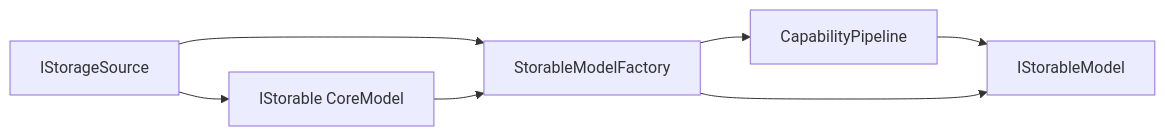
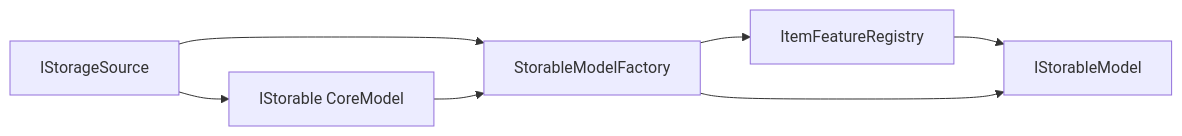
The third of 3 diagrams in docs/architecture/storage-models.md (0x5bfa/Files), drawn with Mermaid before and after one commit. The commit also changed other lines of this file and 260 other files, not shown here.

Commit message:
Simplify Files.Core architecture terminology

````diff
--- a/docs/architecture/storage-models.md
+++ b/docs/architecture/storage-models.md
@@ -112,15 +114,15 @@
 ```mermaid
 flowchart LR
     Source["IStorageSource"]
     Core["IStorable CoreModel"]
     Factory["StorableModelFactory"]
-    Pipeline["CapabilityPipeline"]
+    Registry["ItemFeatureRegistry"]
     Model["IStorableModel"]
 
     Source --> Core
     Source --> Factory
     Core --> Factory
-    Factory --> Pipeline
-    Pipeline --> Model
+    Factory --> Registry
+    Registry --> Model
     Factory --> Model
 ```
````
